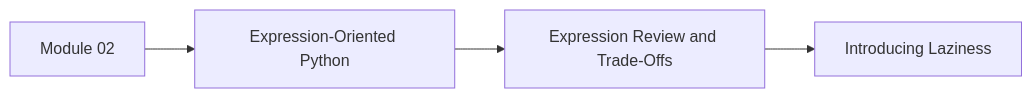
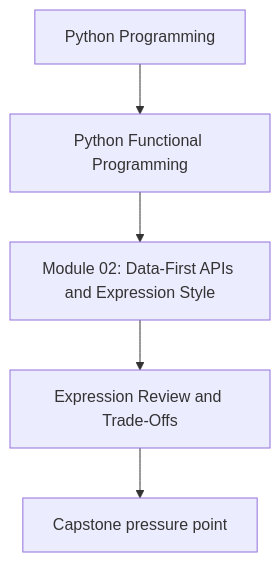
The first of 2 diagrams in programs/python-programming/python-functional-programming/course-book/module-02-data-first-apis-and-expression-style/expression-review-and-tradeoffs.md (bijux/bijux-masterclass), drawn with Mermaid before and after one commit. The commit also changed other lines of this file and 118 other files, not shown here.

Commit message:
docs(python-functional-programming): align concept page diagrams

````diff
--- a/programs/python-programming/python-functional-programming/course-book/module-02-data-first-apis-and-expression-style/expression-review-and-tradeoffs.md
+++ b/programs/python-programming/python-functional-programming/course-book/module-02-data-first-apis-and-expression-style/expression-review-and-tradeoffs.md
@@ -7,6 +7,7 @@
 ```mermaid
-graph LR
-  module["Module 02"] --> lesson["Expression-Oriented Python"]
-  lesson --> review["Expression Review and Trade-Offs"]
-  review --> next["Introducing Laziness"]
+flowchart TD
+  family["Python Programming"] --> program["Python Functional Programming"]
+  program --> module["Module 02: Data-First APIs and Expression Style"]
+  module --> concept["Expression Review and Trade-Offs"]
+  concept --> capstone["Capstone pressure point"]
 ```
````
